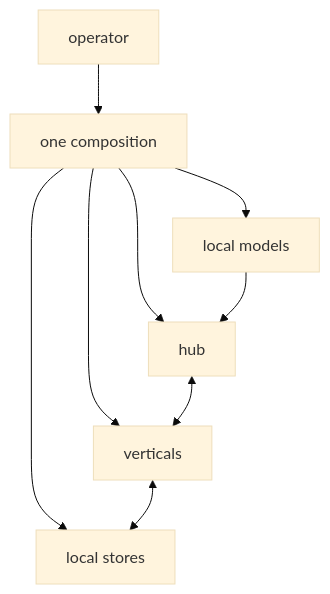
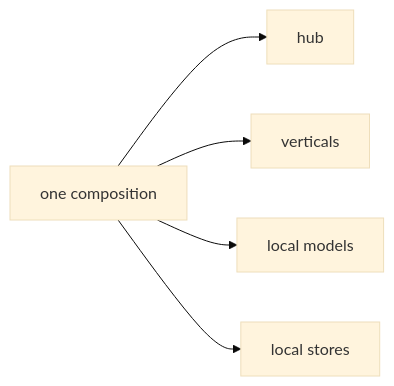
The diagram in apps/digithings-web/content/book/19-local-stack/index.mdx (digithings-ai/digithings), drawn with Mermaid (base theme) before and after one commit. The commit also changed other lines of this file and 75 other files, not shown here.

````diff
--- a/apps/digithings-web/content/book/19-local-stack/index.mdx
+++ b/apps/digithings-web/content/book/19-local-stack/index.mdx
@@ -33,11 +27,7 @@
-```mermaid
-flowchart TB
-  OP[operator] --> COMP[one composition]
-  COMP --> HUB[hub]
-  COMP --> VERT[verticals]
-  COMP --> MODEL[local models]
-  COMP --> DATA[local stores]
-  HUB <--> VERT
-  VERT <--> DATA
-  MODEL --> HUB
+```mermaid one file describes the whole machine; the services inside are the ones that run everywhere
+flowchart LR
+  FILE[one composition] --> HUB[hub]
+  FILE --> VERT[verticals]
+  FILE --> MODELS[local models]
+  FILE --> STORES[local stores]
 ```
````
